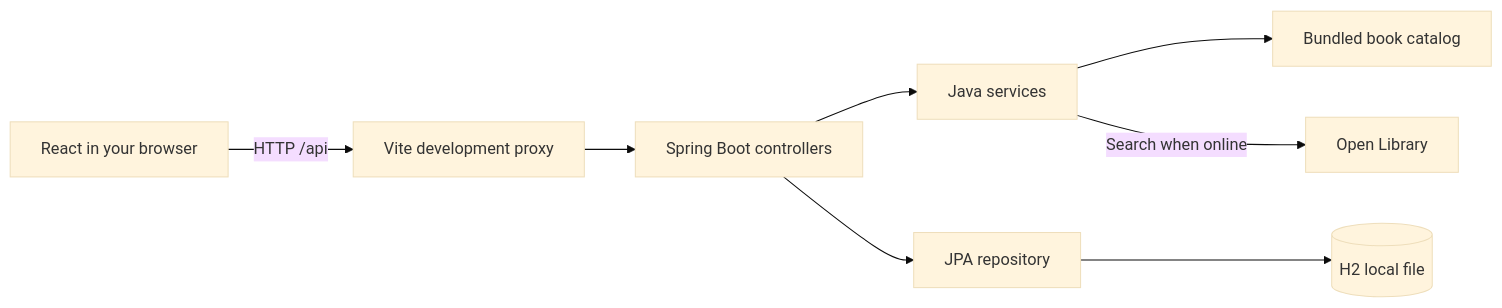
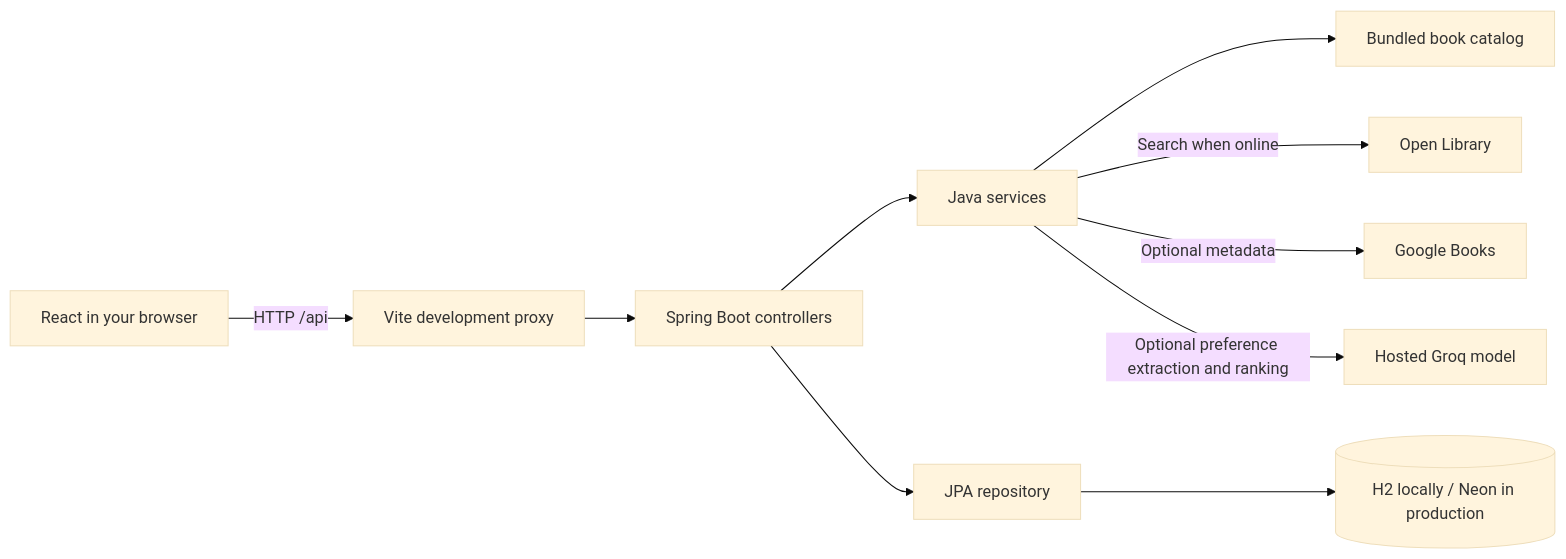
The diagram in docs/CODE_FLOW.md (AlinaFurtado/BookShop), drawn with Mermaid (base theme) before and after one commit. The commit also changed other lines of this file and 32 other files, not shown here.

````diff
--- a/docs/CODE_FLOW.md
+++ b/docs/CODE_FLOW.md
@@ -7,10 +7,12 @@
 ```mermaid
 flowchart LR
     Browser[React in your browser] -->|HTTP /api| Vite[Vite development proxy]
     Vite --> Spring[Spring Boot controllers]
     Spring --> Service[Java services]
     Spring --> Repo[JPA repository]
-    Repo --> H2[(H2 local file)]
+    Repo --> DB[(H2 locally / Neon in production)]
     Service --> Catalog[Bundled book catalog]
     Service -->|Search when online| OL[Open Library]
+    Service -->|Optional metadata| Google[Google Books]
+    Service -->|Optional preference extraction and ranking| Groq[Hosted Groq model]
 ```
````
